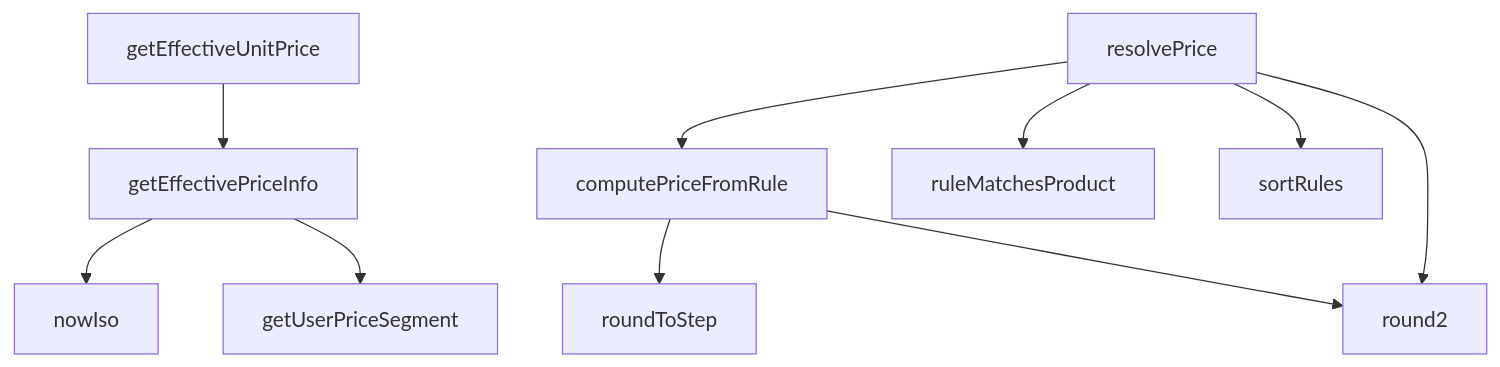
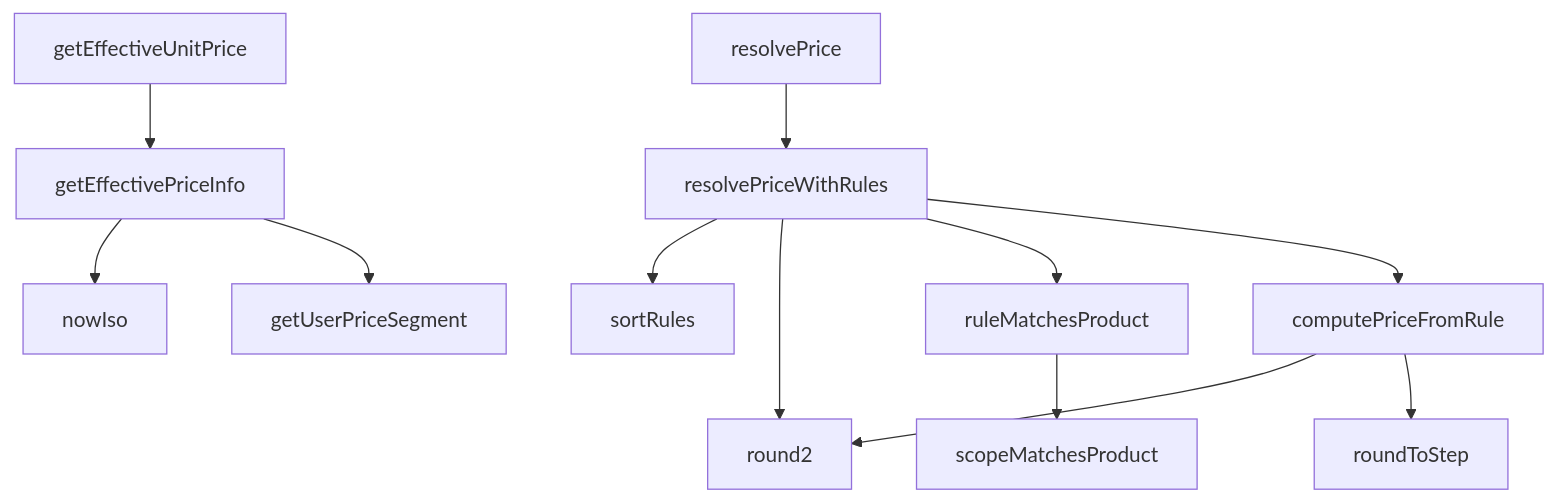
The diagram in src/lib/services/pricing.service.md (peckop/venthub-hvac-esite), drawn with Mermaid before and after one commit. The commit also changed other lines of this file and 189 other files, not shown here.

````diff
--- a/src/lib/services/pricing.service.md
+++ b/src/lib/services/pricing.service.md
@@ -310,22 +364,26 @@
 ```mermaid
 graph TD
     pricing_service_ts__computePriceFromRule["computePriceFromRule"]
     pricing_service_ts__getEffectivePriceInfo["getEffectivePriceInfo"]
     pricing_service_ts__getEffectiveUnitPrice["getEffectiveUnitPrice"]
     pricing_service_ts__getUserPriceSegment["getUserPriceSegment"]
     pricing_service_ts__nowIso["nowIso"]
     pricing_service_ts__resolvePrice["resolvePrice"]
+    pricing_service_ts__resolvePriceWithRules["resolvePriceWithRules"]
     pricing_service_ts__round2["round2"]
     pricing_service_ts__roundToStep["roundToStep"]
     pricing_service_ts__ruleMatchesProduct["ruleMatchesProduct"]
+    pricing_service_ts__scopeMatchesProduct["scopeMatchesProduct"]
     pricing_service_ts__sortRules["sortRules"]
+    pricing_service_ts__computePriceFromRule --> pricing_service_ts__round2
+    pricing_service_ts__resolvePriceWithRules --> pricing_service_ts__sortRules
+    pricing_service_ts__resolvePriceWithRules --> pricing_service_ts__round2
+    pricing_service_ts__getEffectivePriceInfo --> pricing_service_ts__nowIso
+    pricing_service_ts__getEffectivePriceInfo --> pricing_service_ts__getUserPriceSegment
     pricing_service_ts__getEffectiveUnitPrice --> pricing_service_ts__getEffectivePriceInfo
-    pricing_service_ts__resolvePrice --> pricing_service_ts__ruleMatchesProduct
     pricing_service_ts__computePriceFromRule --> pricing_service_ts__roundToStep
-    pricing_service_ts__computePriceFromRule --> pricing_service_ts__round2
-    pricing_service_ts__resolvePrice --> pricing_service_ts__computePriceFromRule
-    pricing_service_ts__resolvePrice --> pricing_service_ts__sortRules
-    pricing_service_ts__getEffectivePriceInfo --> pricing_service_ts__nowIso
-    pricing_service_ts__resolvePrice --> pricing_service_ts__round2
-    pricing_service_ts__getEffectivePriceInfo --> pricing_service_ts__getUserPriceSegment
+    pricing_service_ts__resolvePrice --> pricing_service_ts__resolvePriceWithRules
+    pricing_service_ts__ruleMatchesProduct --> pricing_service_ts__scopeMatchesProduct
+    pricing_service_ts__resolvePriceWithRules --> pricing_service_ts__ruleMatchesProduct
+    pricing_service_ts__resolvePriceWithRules --> pricing_service_ts__computePriceFromRule
 ```
````
